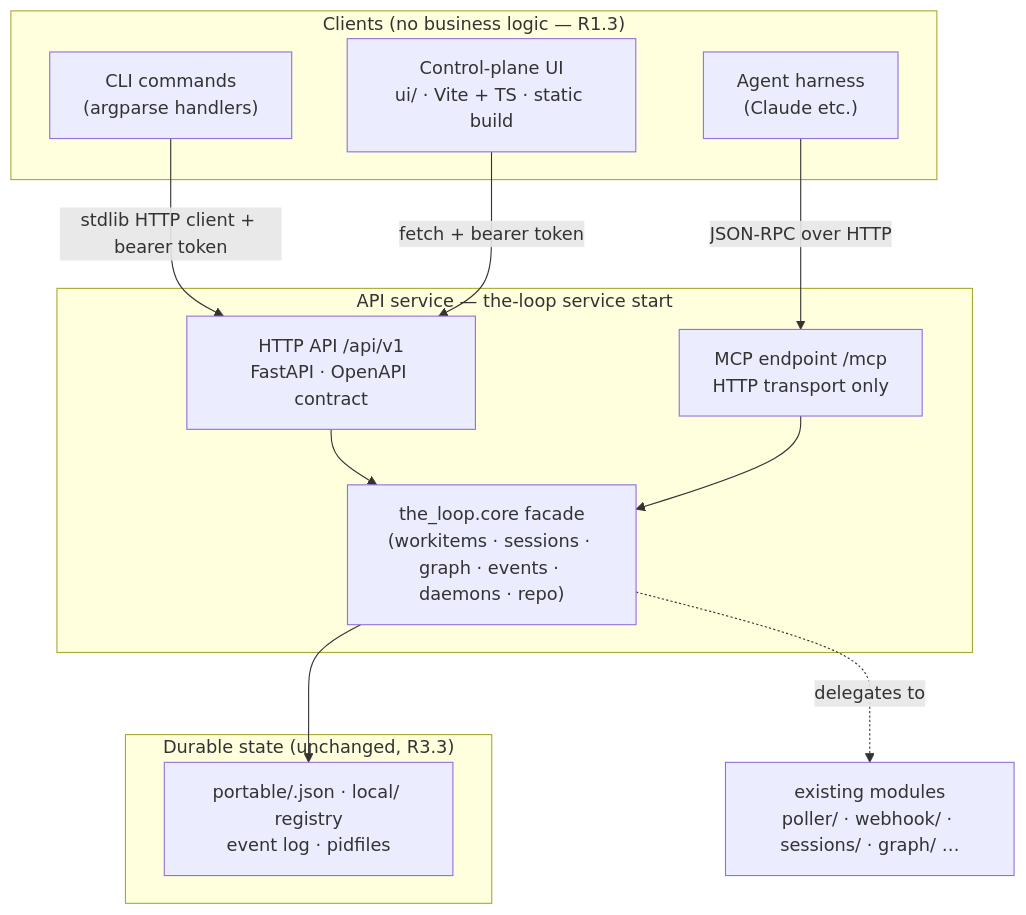
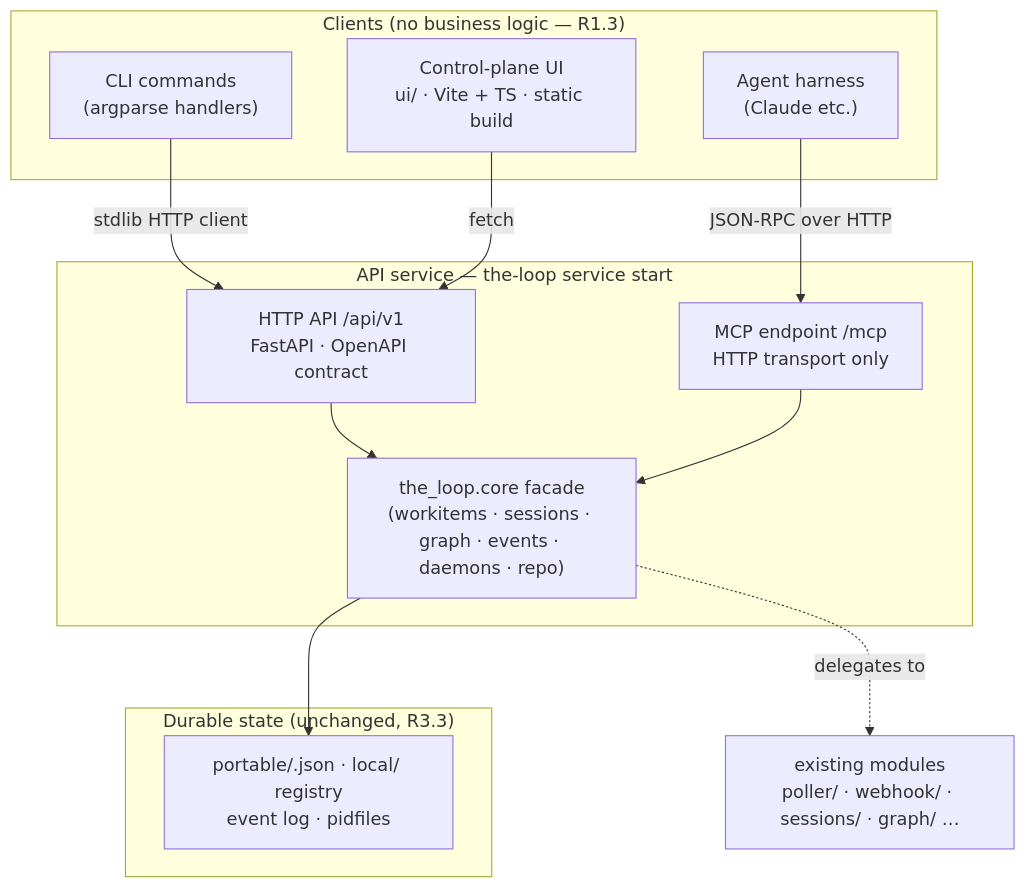
The diagram in docs/specs/issue-161/design.md (MadaraUchiha-314/the-loop), drawn with Mermaid before and after one commit. The commit also changed other lines of this file and 24 other files, not shown here.

````diff
--- a/docs/specs/issue-161/design.md
+++ b/docs/specs/issue-161/design.md
@@ -29,23 +29,23 @@
 ```mermaid
 flowchart TD
   subgraph clients["Clients (no business logic — R1.3)"]
     CLI["CLI commands<br/>(argparse handlers)"]
     UI["Control-plane UI<br/>ui/ · Vite + TS · static build"]
     AGENT["Agent harness<br/>(Claude etc.)"]
   end
   subgraph service["API service — the-loop service start"]
     HTTP["HTTP API /api/v1<br/>FastAPI · OpenAPI contract"]
     MCP["MCP endpoint /mcp<br/>HTTP transport only"]
     CORE["the_loop.core facade<br/>(workitems · sessions · graph · events · daemons · repo)"]
     HTTP --> CORE
     MCP --> CORE
   end
   subgraph state["Durable state (unchanged, R3.3)"]
     STORES["portable/<slug>.json · local/ registry<br/>event log · pidfiles"]
   end
-  CLI -->|"stdlib HTTP client + bearer token"| HTTP
-  UI -->|"fetch + bearer token"| HTTP
+  CLI -->|"stdlib HTTP client"| HTTP
+  UI -->|"fetch"| HTTP
   AGENT -->|"JSON-RPC over HTTP"| MCP
   CORE --> STORES
   CORE -.->|delegates to| EXISTING["existing modules<br/>poller/ · webhook/ · sessions/ · graph/ …"]
 ```
````
